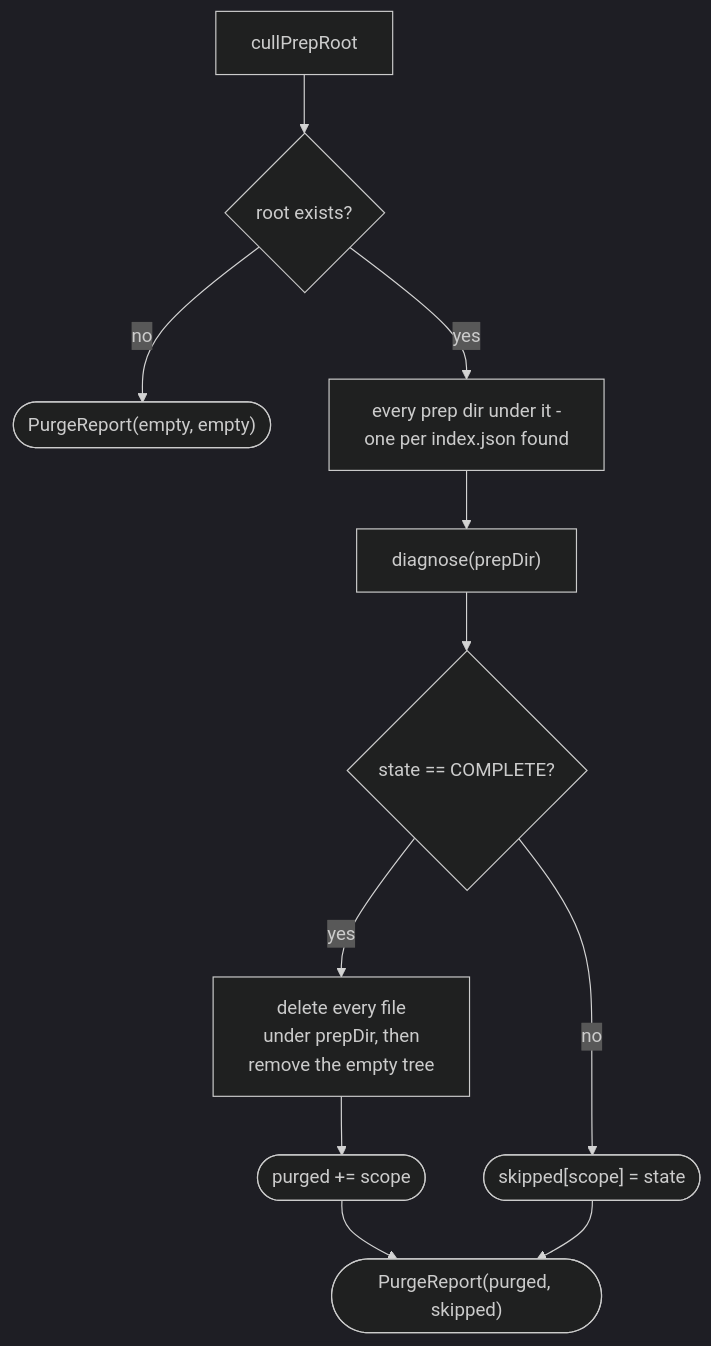
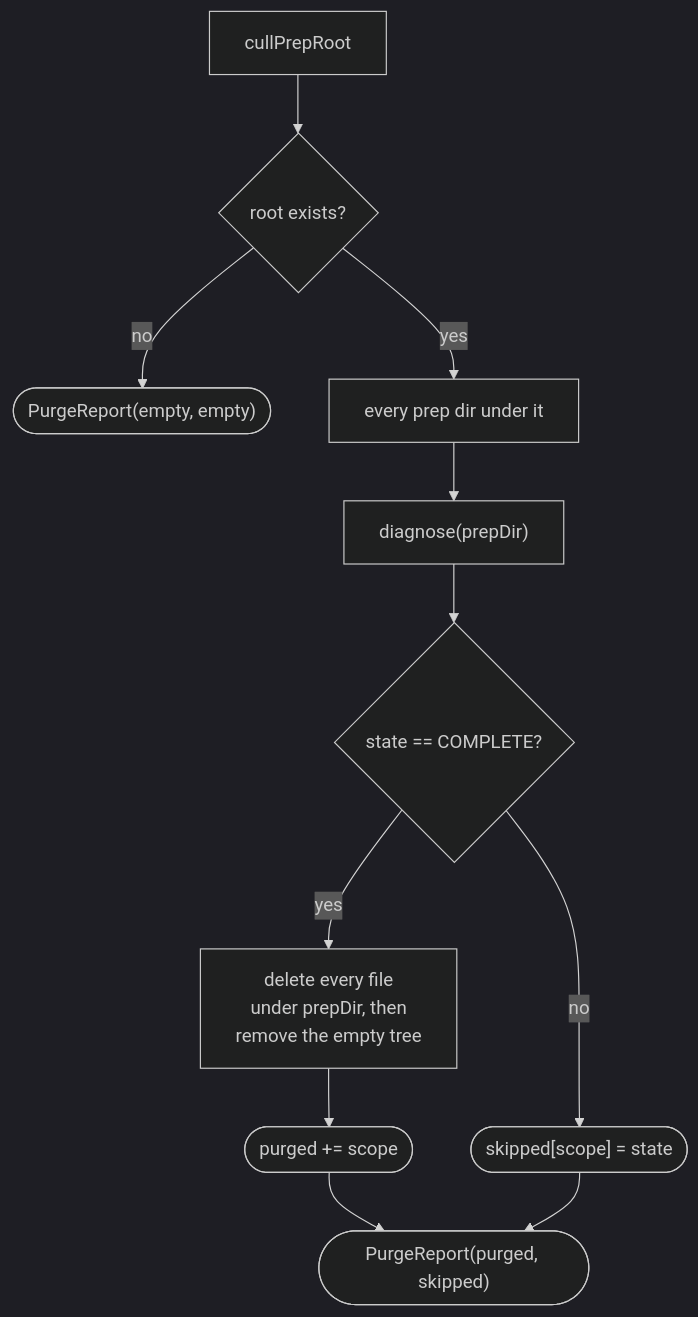
One commit to AdrianNachev91/sluice changed the second of 2 diagrams in app/docs/design/application/service/prep-dir-doctor.md. Above: the diagram before and after it, drawn with Mermaid (dark theme). The commit also changed other lines of this file and 31 other files, not shown here.

````diff
--- a/app/docs/design/application/service/prep-dir-doctor.md
+++ b/app/docs/design/application/service/prep-dir-doctor.md
@@ -15,13 +90,13 @@
 ```mermaid
 flowchart TD
     A["cullPrepRoot"] --> B{"root exists?"}
     B -- no --> Z(["PurgeReport(empty, empty)"])
-    B -- yes --> C["every prep dir under it -<br/>one per index.json found"]
+    B -- yes --> C["every prep dir under it"]
     C --> D["diagnose(prepDir)"]
     D --> E{"state == COMPLETE?"}
     E -- yes --> F["delete every file<br/>under prepDir, then<br/>remove the empty tree"]
     F --> G(["purged += scope"])
     E -- no --> H(["skipped[scope] = state"])
     G --> I(["PurgeReport(purged, skipped)"])
     H --> I
 ```
````
